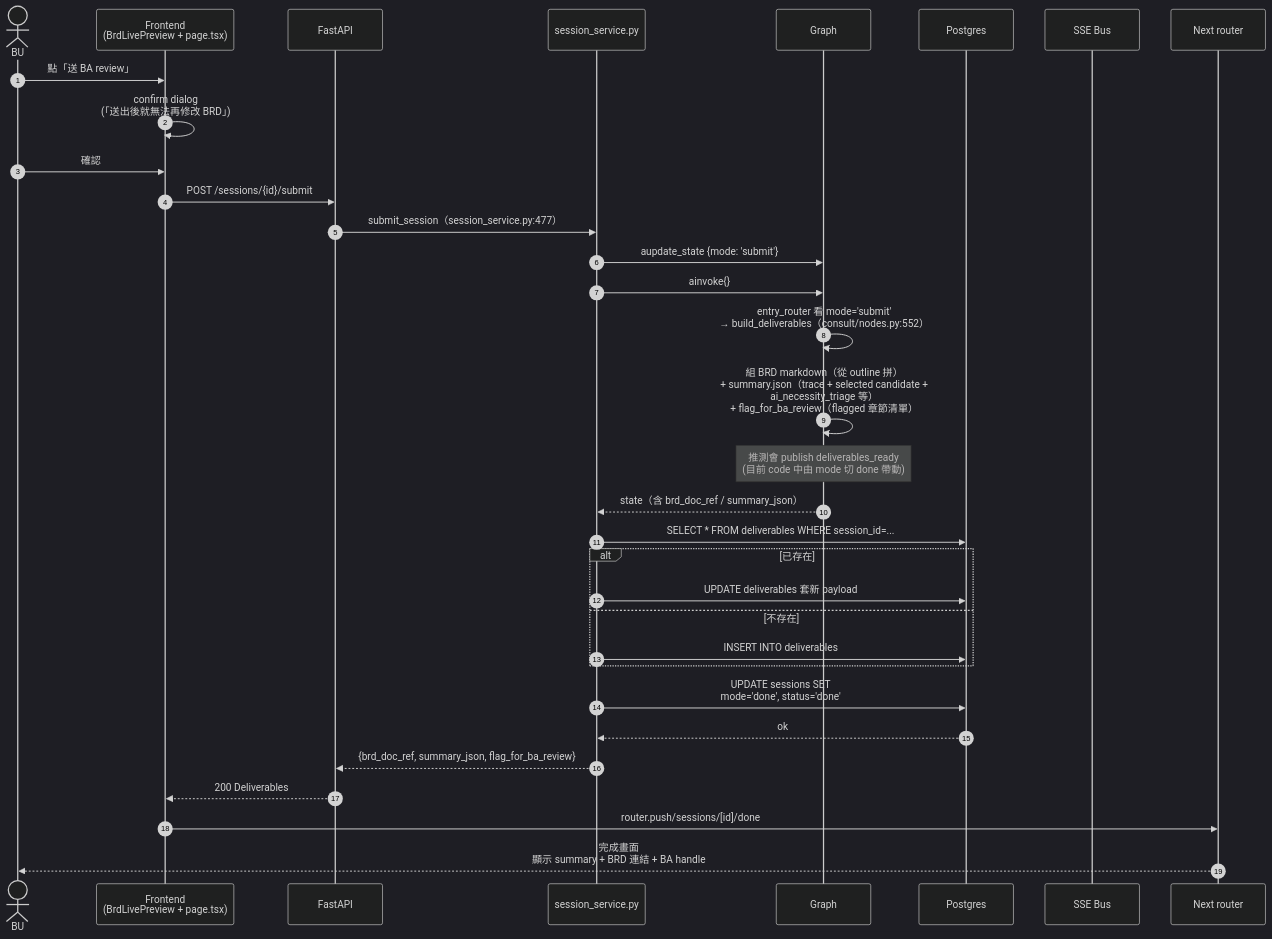
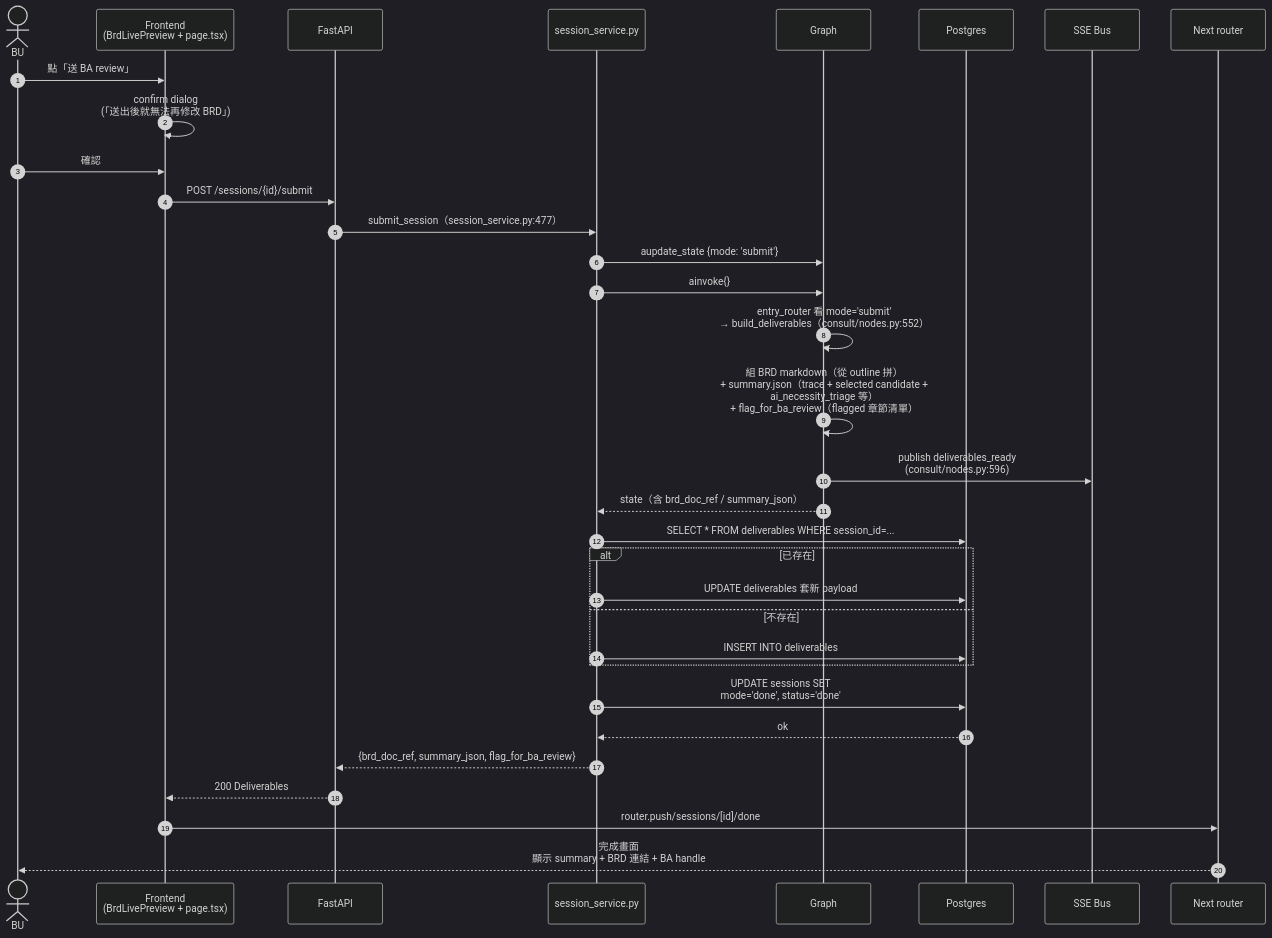
Before and after one commit to shane01526/BU_Agent: the diagram in Plan_BU_Agent/diagrams/29_seq_submit_ba.mmd, drawn with Mermaid (dark theme). The commit also changed 22 other files, not shown here.

First line of the commit message:
docs(diagrams): sync 3 mmd files with code; stop tracking PNG/SVG

```diff
--- a/Plan_BU_Agent/diagrams/29_seq_submit_ba.mmd
+++ b/Plan_BU_Agent/diagrams/29_seq_submit_ba.mmd
@@ -1,43 +1,43 @@
 %% ID: S10 | Title: 送 BA | Last updated 2026-05-25
 %% User action：BU 在 BrdLivePreview 點「送 BA」
 %% 對應：submit_session（session_service.py:477）→ build_deliverables → router push /done
 sequenceDiagram
     autonumber
     actor BU
     participant FE as Frontend<br/>(BrdLivePreview + page.tsx)
     participant API as FastAPI
     participant SVC as session_service.py
     participant G as Graph
     participant DB as Postgres
     participant Bus as SSE Bus
     participant Router as Next router
 
     BU->>FE: 點「送 BA review」
     FE->>FE: confirm dialog<br/>(「送出後就無法再修改 BRD」)
     BU->>FE: 確認
 
     FE->>API: POST /sessions/{id}/submit
     API->>SVC: submit_session（session_service.py:477）
 
     SVC->>G: aupdate_state {mode: 'submit'}
     SVC->>G: ainvoke{}
     G->>G: entry_router 看 mode='submit'<br/>→ build_deliverables（consult/nodes.py:552）
     G->>G: 組 BRD markdown（從 outline 拼）<br/>+ summary.json（trace + selected candidate +<br/> ai_necessity_triage 等）<br/>+ flag_for_ba_review（flagged 章節清單）
-    Note over G: 推測會 publish deliverables_ready<br/>(目前 code 中由 mode 切 done 帶動)
+    G->>Bus: publish deliverables_ready<br/>(consult/nodes.py:596)
 
     G-->>SVC: state（含 brd_doc_ref / summary_json）
 
     SVC->>DB: SELECT * FROM deliverables WHERE session_id=...
     alt 已存在
         SVC->>DB: UPDATE deliverables 套新 payload
     else 不存在
         SVC->>DB: INSERT INTO deliverables
     end
     SVC->>DB: UPDATE sessions SET<br/>mode='done', status='done'
     DB-->>SVC: ok
 
     SVC-->>API: {brd_doc_ref, summary_json, flag_for_ba_review}
     API-->>FE: 200 Deliverables
 
     FE->>Router: router.push/sessions/[id]/done
     Router-->>BU: 完成畫面<br/>顯示 summary + BRD 連結 + BA handle
```
